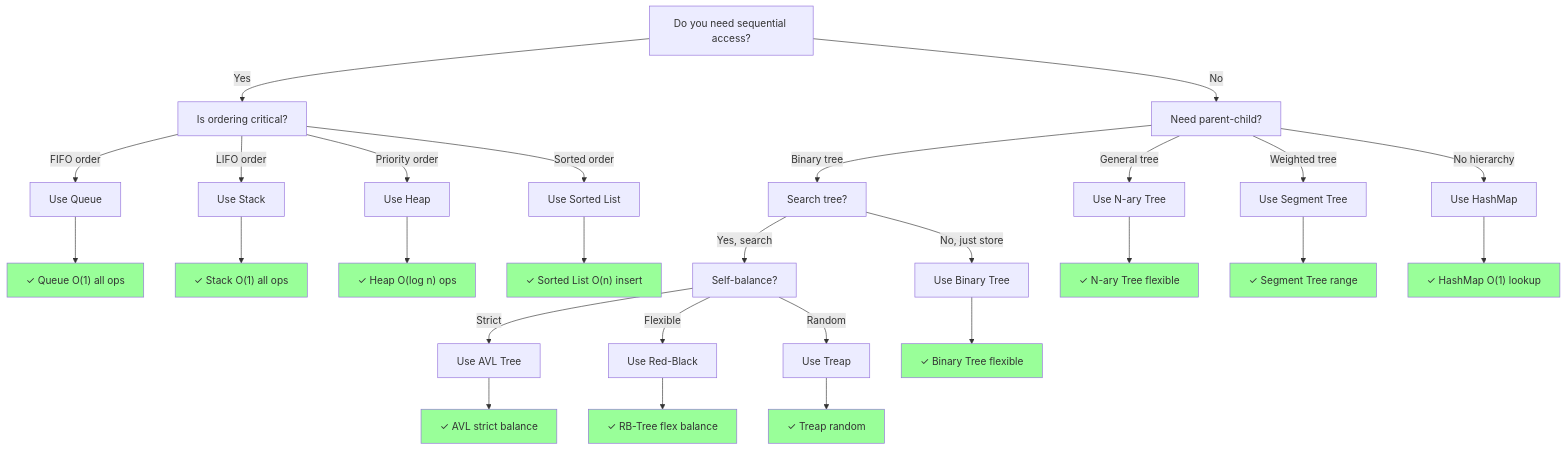
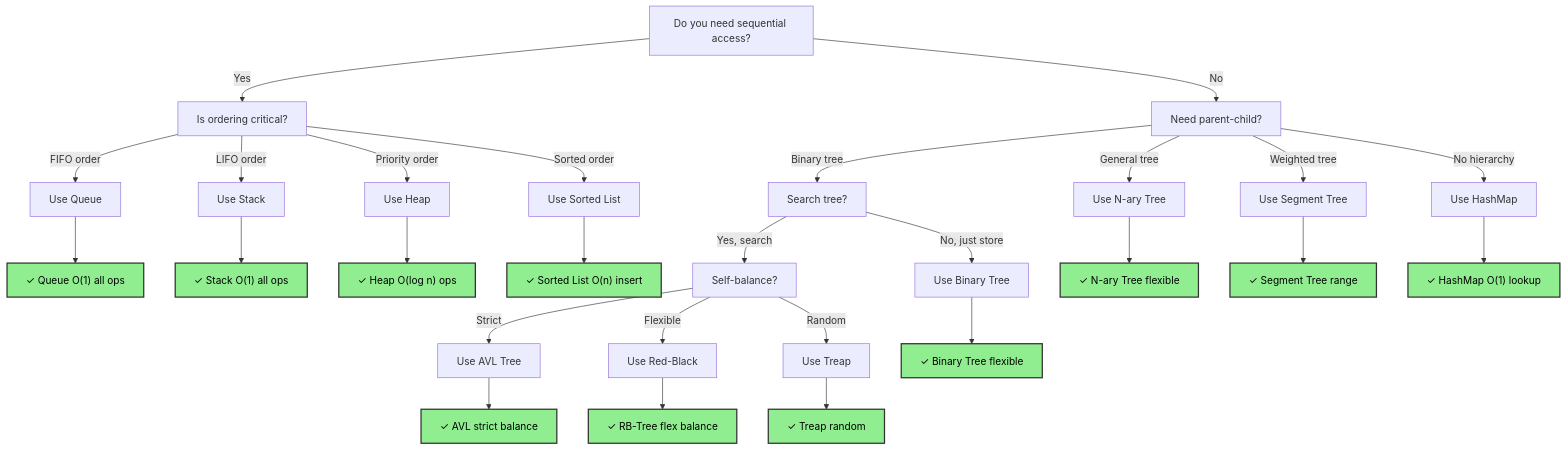
One commit to souradeepta/interviewprep changed the second of 8 diagrams in docs/guides/ds_selection_guide.md. Above: the diagram before and after it, drawn with Mermaid. The commit also changed other lines of this file and 31 other files, not shown here.

Commit message:
updated graphs

````diff
--- a/docs/guides/ds_selection_guide.md
+++ b/docs/guides/ds_selection_guide.md
@@ -190,46 +190,46 @@
 ```mermaid
 graph TD
     A["Do you need sequential access?"] -->|Yes| B["Is ordering critical?"]
     A -->|No| C["Need parent-child?"]
     
     B -->|FIFO order| D["Use Queue"]
     B -->|LIFO order| E["Use Stack"]
     B -->|Priority order| F["Use Heap"]
     B -->|Sorted order| G["Use Sorted List"]
     
     C -->|Binary tree| H["Search tree?"]
     C -->|General tree| I["Use N-ary Tree"]
     C -->|Weighted tree| J["Use Segment Tree"]
     C -->|No hierarchy| K["Use HashMap"]
     
     H -->|Yes, search| L["Self-balance?"]
     H -->|No, just store| M["Use Binary Tree"]
     
     L -->|Strict| N["Use AVL Tree"]
     L -->|Flexible| O["Use Red-Black"]
     L -->|Random| P["Use Treap"]
     
     D --> Q["✓ Queue O(1) all ops"]
     E --> R["✓ Stack O(1) all ops"]
     F --> S["✓ Heap O(log n) ops"]
     G --> T["✓ Sorted List O(n) insert"]
     I --> U["✓ N-ary Tree flexible"]
     J --> V["✓ Segment Tree range"]
     K --> W["✓ HashMap O(1) lookup"]
     M --> X["✓ Binary Tree flexible"]
     N --> Y["✓ AVL strict balance"]
     O --> Z["✓ RB-Tree flex balance"]
     P --> AA["✓ Treap random"]
     
-    style Q fill:#99ff99
-    style R fill:#99ff99
-    style S fill:#99ff99
-    style T fill:#99ff99
-    style U fill:#99ff99
-    style V fill:#99ff99
-    style W fill:#99ff99
-    style X fill:#99ff99
-    style Y fill:#99ff99
-    style Z fill:#99ff99
-    style AA fill:#99ff99
+    style Q fill:#90ee90,color:#000,stroke:#333,stroke-width:2px
+    style R fill:#90ee90,color:#000,stroke:#333,stroke-width:2px
+    style S fill:#90ee90,color:#000,stroke:#333,stroke-width:2px
+    style T fill:#90ee90,color:#000,stroke:#333,stroke-width:2px
+    style U fill:#90ee90,color:#000,stroke:#333,stroke-width:2px
+    style V fill:#90ee90,color:#000,stroke:#333,stroke-width:2px
+    style W fill:#90ee90,color:#000,stroke:#333,stroke-width:2px
+    style X fill:#90ee90,color:#000,stroke:#333,stroke-width:2px
+    style Y fill:#90ee90,color:#000,stroke:#333,stroke-width:2px
+    style Z fill:#90ee90,color:#000,stroke:#333,stroke-width:2px
+    style AA fill:#90ee90,color:#000,stroke:#333,stroke-width:2px
 ```
````
